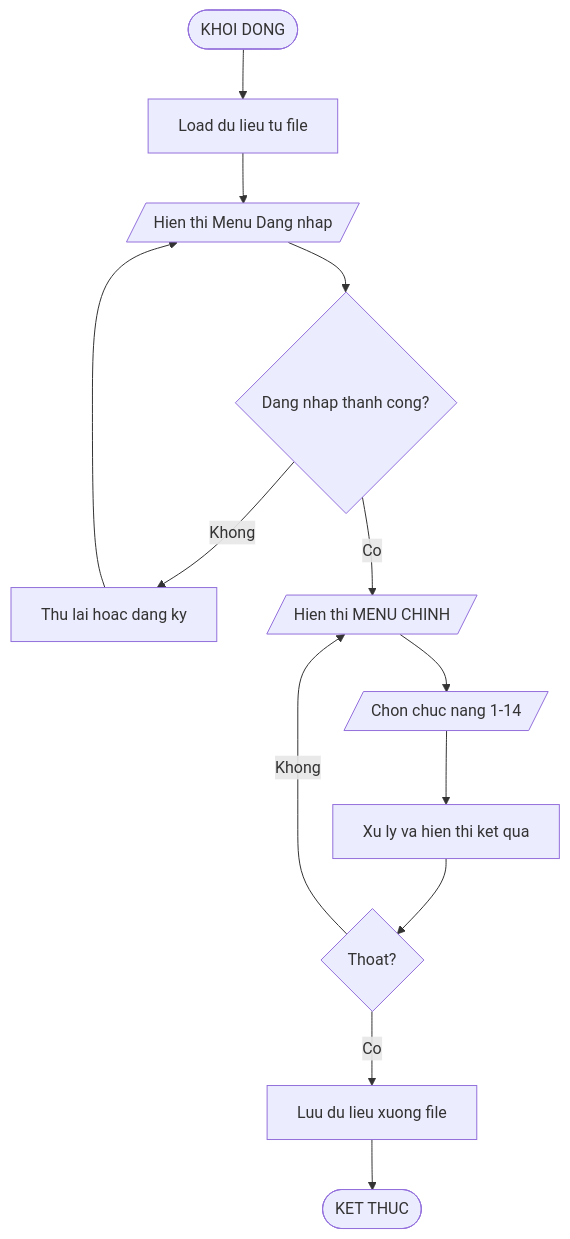
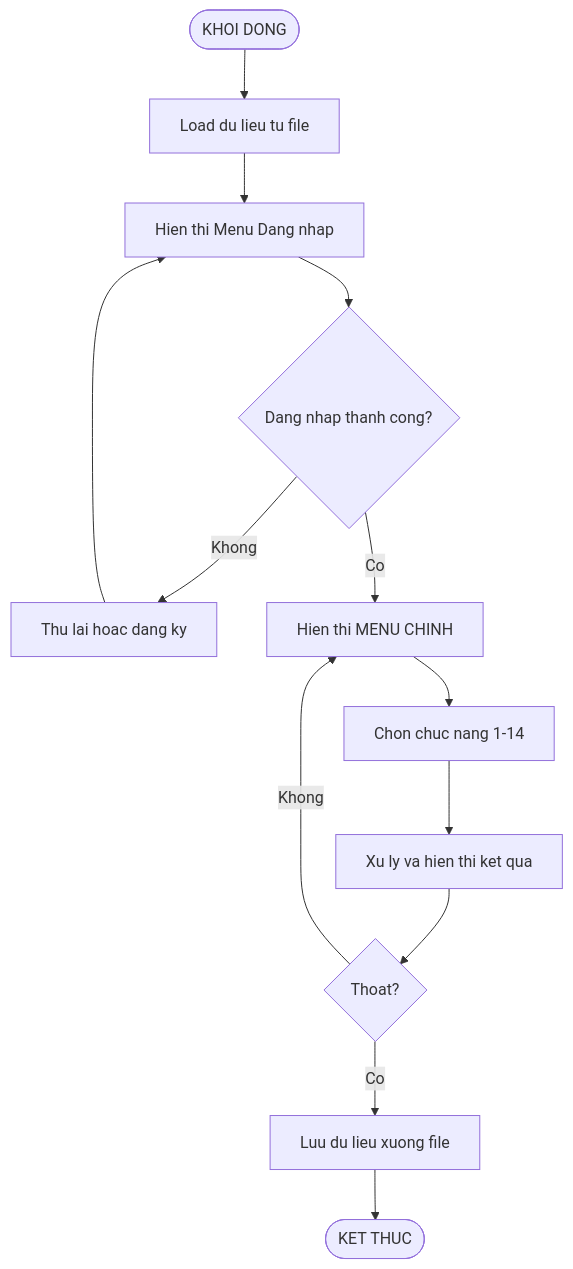
Before and after one commit to phucphuc2006/pro-192: the first of 20 diagrams in docs/Flowcharts/Flowcharts.md, drawn with Mermaid. The commit also changed other lines of this file, not shown here.

Commit message:
Fix Mermaid: remove parallelogram syntax for GitHub

````diff
--- a/docs/Flowcharts/Flowcharts.md
+++ b/docs/Flowcharts/Flowcharts.md
@@ -13,15 +12,15 @@
 ```mermaid
 flowchart TD
     A([KHOI DONG]) --> B[Load du lieu tu file]
-    B --> C[/Hien thi Menu Dang nhap/]
+    B --> C[Hien thi Menu Dang nhap]
     C --> D{Dang nhap thanh cong?}
     D -->|Khong| E[Thu lai hoac dang ky]
     E --> C
-    D -->|Co| F[/Hien thi MENU CHINH/]
-    F --> G[/Chon chuc nang 1-14/]
+    D -->|Co| F[Hien thi MENU CHINH]
+    F --> G[Chon chuc nang 1-14]
     G --> H[Xu ly va hien thi ket qua]
     H --> I{Thoat?}
     I -->|Khong| F
     I -->|Co| J[Luu du lieu xuong file]
     J --> K([KET THUC])
 ```
````
